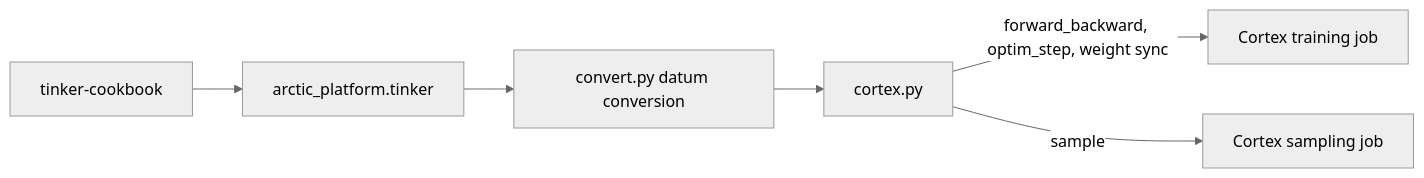
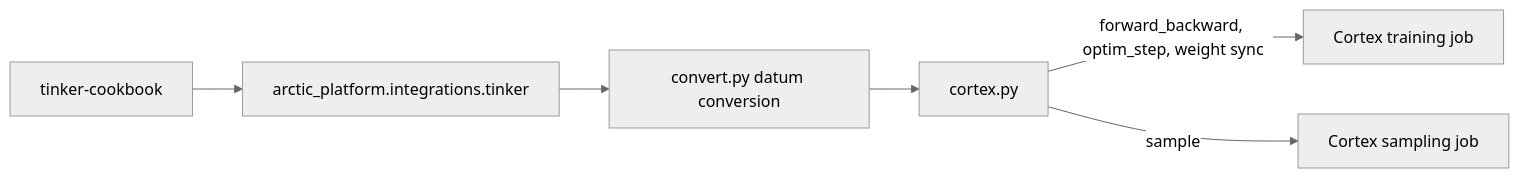
The first of 2 diagrams in arctic_platform/integrations/tinker/README.md (Snowflake-AI-Research/Arctic-Platform), drawn with Mermaid (neutral theme) before and after one commit. The commit also changed other lines of this file and 6 other files, not shown here.

First line of the commit message:
refactor(tinker): keep the client inside integrations/tinker

````diff
--- a/arctic_platform/integrations/tinker/README.md
+++ b/arctic_platform/integrations/tinker/README.md
@@ -26,8 +26,8 @@
 ```mermaid
 flowchart LR
-  cookbook["tinker-cookbook"] --> client["arctic_platform.tinker"]
+  cookbook["tinker-cookbook"] --> client["arctic_platform.integrations.tinker"]
   client --> convert["convert.py datum conversion"]
   convert --> cortex["cortex.py"]
   cortex -->|"forward_backward, optim_step, weight sync"| train["Cortex training job"]
   cortex -->|"sample"| sample["Cortex sampling job"]
 ```
````
